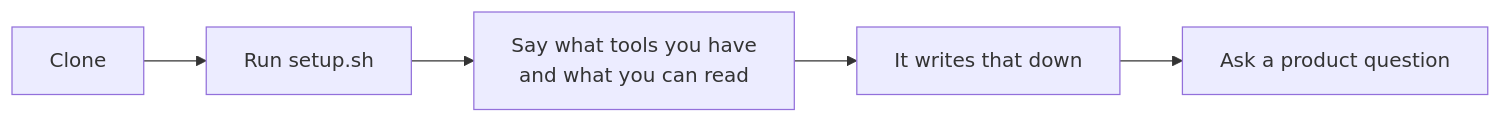
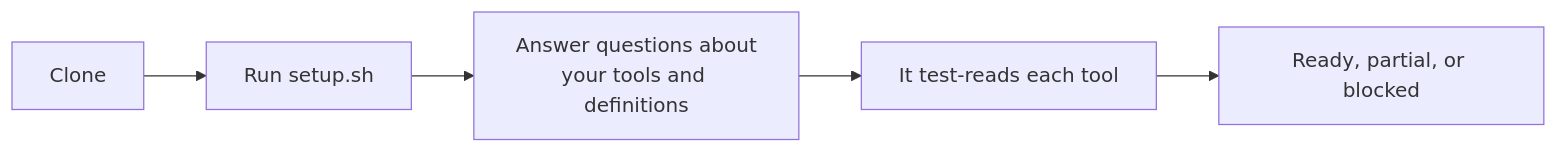
One commit to adhyayanrathi01/product-manager-os changed the first of 5 diagrams in docs/FLOWS.md. Above: the diagram before and after it, drawn with Mermaid. The commit also changed other lines of this file and 2 other files, not shown here.

First line of the commit message:
Rewrite FLOWS.md for the person using it, not reading it

````diff
--- a/docs/FLOWS.md
+++ b/docs/FLOWS.md
@@ -15,7 +25,7 @@
 ```mermaid
 flowchart LR
     A[Clone] --> B[Run setup.sh]
-    B --> C[Say what tools you have<br/>and what you can read]
-    C --> D[It writes that down]
-    D --> E[Ask a product question]
+    B --> C[Answer questions about<br/>your tools and definitions]
+    C --> D[It test-reads each tool]
+    D --> E[Ready, partial, or blocked]
 ```
````
